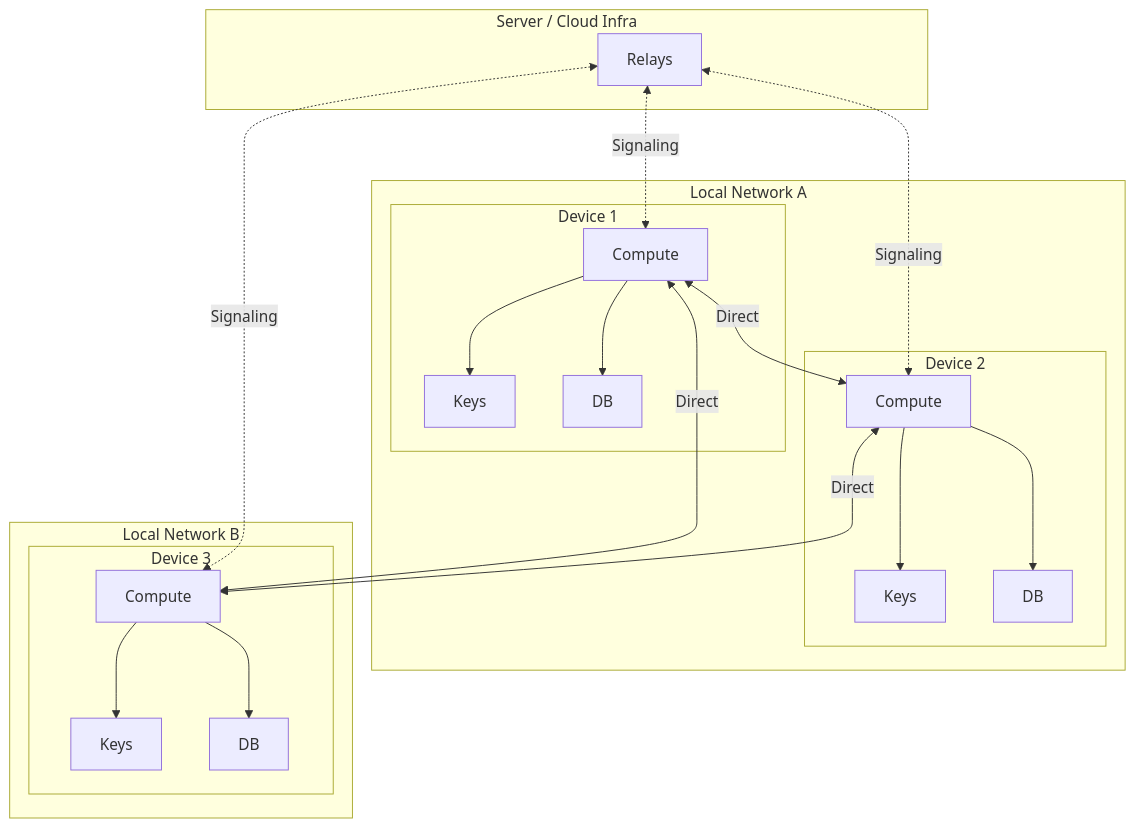
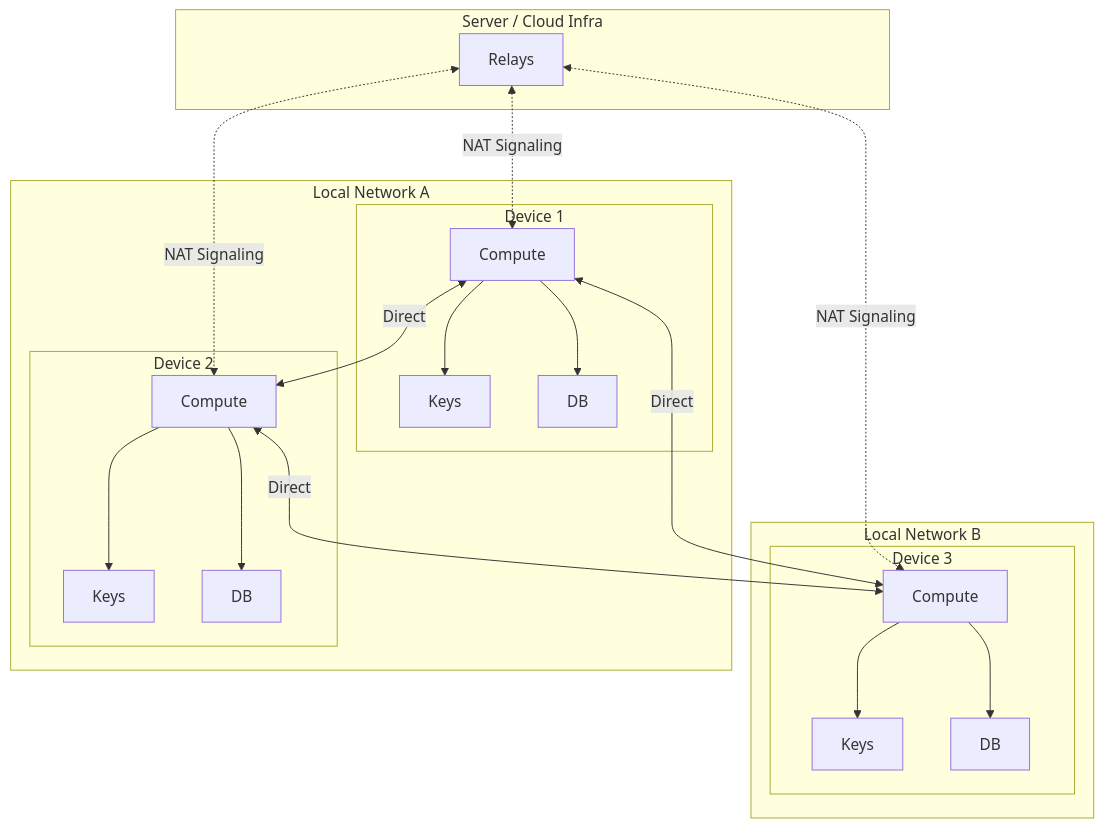
One commit to peers-app/peers-app.github.io changed the second of 3 diagrams in docs/articles/servers-solve-three-problems.md. Above: the diagram before and after it, drawn with Mermaid. The commit also changed other lines of this file, not shown here.

````diff
--- a/docs/articles/servers-solve-three-problems.md
+++ b/docs/articles/servers-solve-three-problems.md
@@ -75,44 +83,45 @@
 ```mermaid
 graph TB
     subgraph "Server / Cloud Infra"
         S["Relays"]
+    end
+
+    subgraph "Local Network B"
+        subgraph "Device 3"
+					C3[Compute]
+					K3[Keys]
+					DB3[DB]
+
+					C3 --> K3
+					C3 --> DB3
+				end
     end
 
     subgraph "Local Network A"
         subgraph "Device 1"
 					C1[Compute]
 					K1[Keys]
 					DB1[DB]
 
 					C1 --> K1
 					C1 --> DB1
 				end
 
 				subgraph "Device 2"
 					C2[Compute]
 					K2[Keys]
 					DB2[DB]
 
 					C2 --> K2
 					C2 --> DB2
 				end
     end
 
-    subgraph "Local Network B"
-        subgraph "Device 3"
-					C3[Compute]
-					K3[Keys]
-					DB3[DB]
+    S <-.->|NAT Signaling| C1
+    S <-.->|NAT Signaling| C2
+    C1 <-->|Direct| C2
 
-					C3 --> K3
-					C3 --> DB3
-				end
-    end
-
-    S <-.->|Signaling| C1
-    S <-.->|Signaling| C2
-    S <-.->|Signaling| C3
-		C1 <-->|Direct| C2
-		C1 <-->|Direct| C3
-		C2 <-->|Direct| C3
+    C1 <-->|Direct| C3
+    C2 <-->|Direct| C3
+    S <-.->|NAT Signaling| C3
 ```
````
